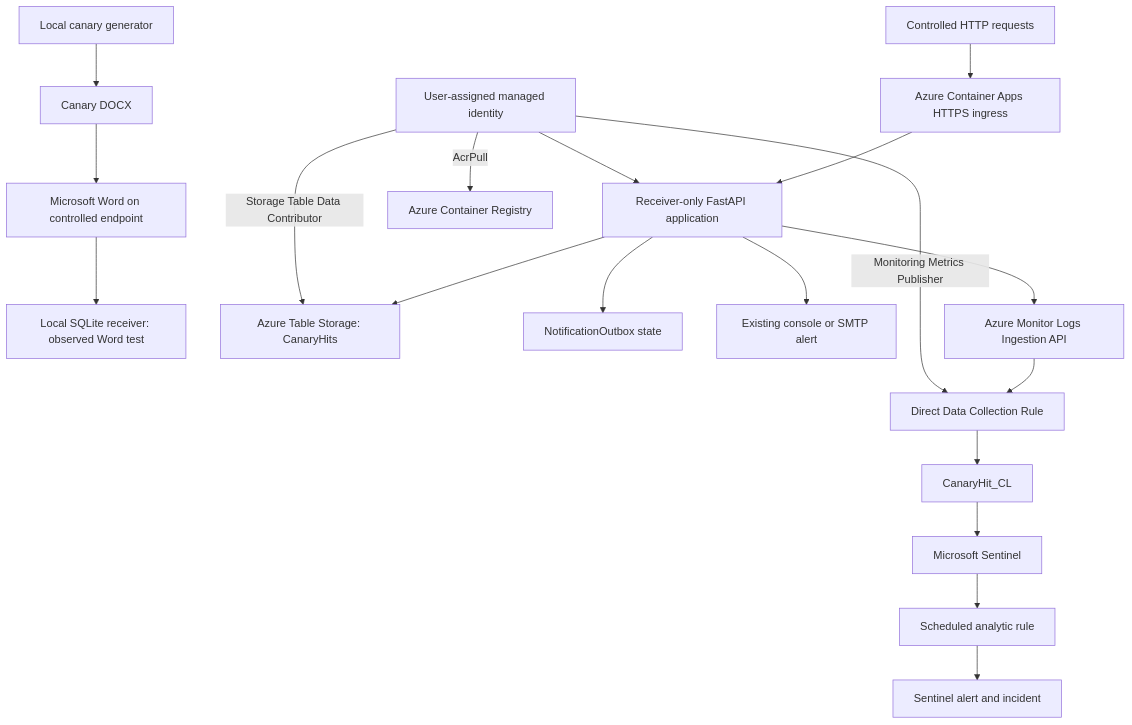
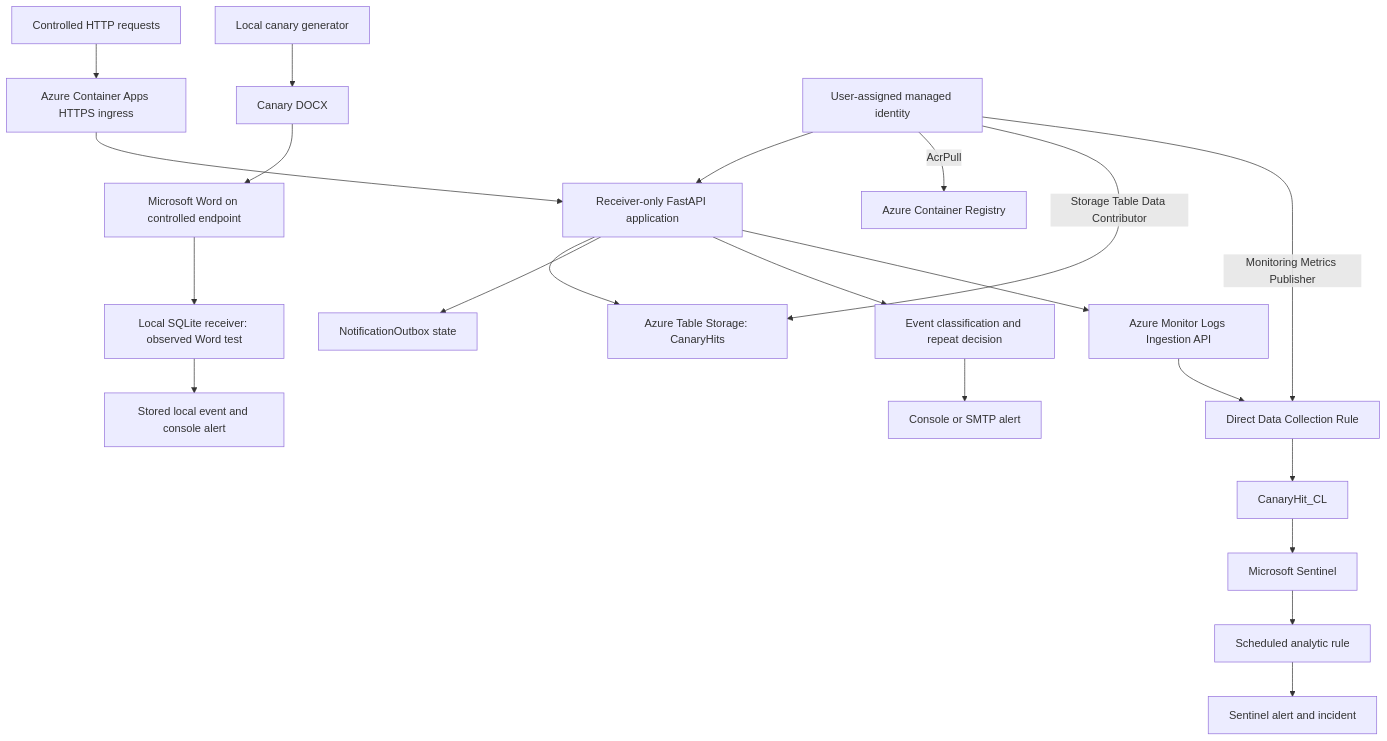
One commit to oasunsec/honey-token-detection changed the diagram in ARCHITECTURE.md. Above: the diagram before and after it, drawn with Mermaid. The commit also changed other lines of this file and 22 other files, not shown here.

````diff
--- a/ARCHITECTURE.md
+++ b/ARCHITECTURE.md
@@ -3,21 +3,23 @@
 ```mermaid
 flowchart TD
   G[Local canary generator] --> D[Canary DOCX]
   D --> W[Microsoft Word on controlled endpoint]
   W --> LOCAL[Local SQLite receiver: observed Word test]
   HTTP[Controlled HTTP requests] --> I[Azure Container Apps HTTPS ingress]
   I --> R[Receiver-only FastAPI application]
   R --> T[Azure Table Storage: CanaryHits]
   R --> O[NotificationOutbox state]
-  R --> E[Existing console or SMTP alert]
+  R --> TRIAGE[Event classification and repeat decision]
+  TRIAGE --> E[Console or SMTP alert]
+  LOCAL --> LE[Stored local event and console alert]
   R --> L[Azure Monitor Logs Ingestion API]
   L --> DCR[Direct Data Collection Rule]
   DCR --> C[CanaryHit_CL]
   C --> S[Microsoft Sentinel]
   S --> A[Scheduled analytic rule]
   A --> N[Sentinel alert and incident]
   MI[User-assigned managed identity] --> R
   MI -->|AcrPull| ACR[Azure Container Registry]
   MI -->|Storage Table Data Contributor| T
   MI -->|Monitoring Metrics Publisher| DCR
 ```
````
